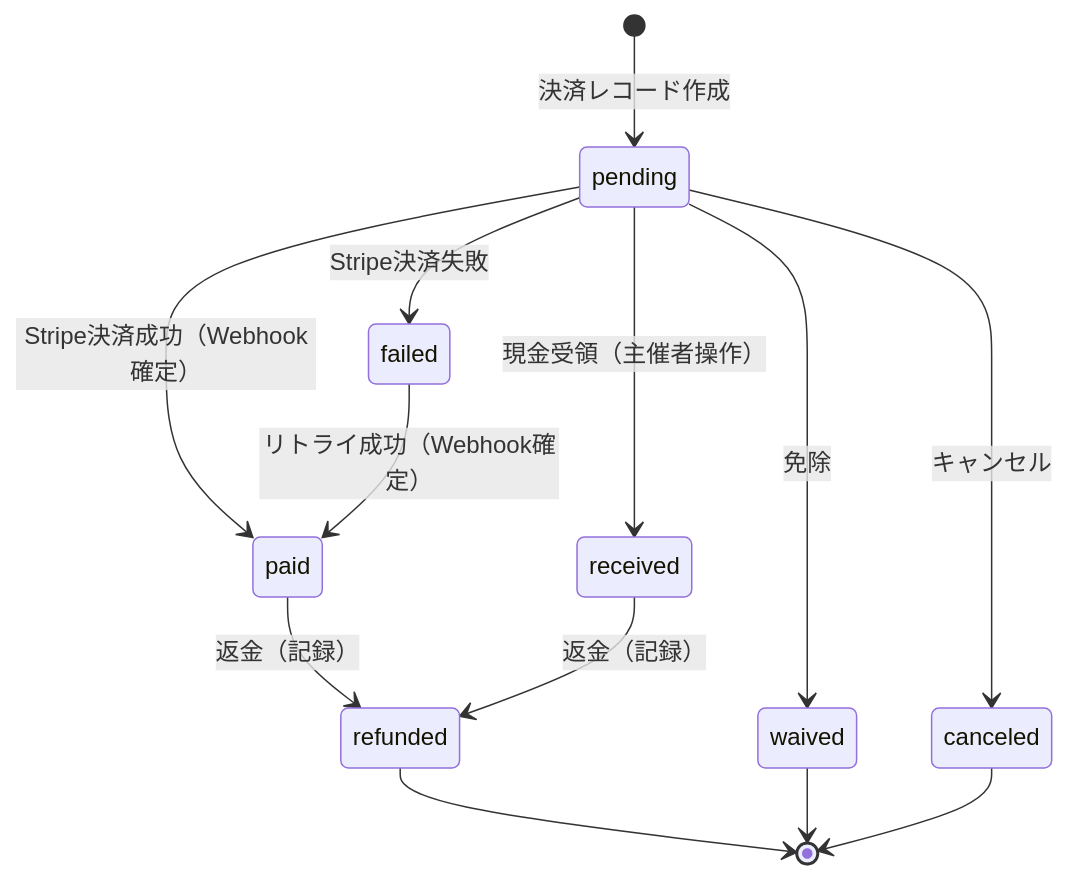
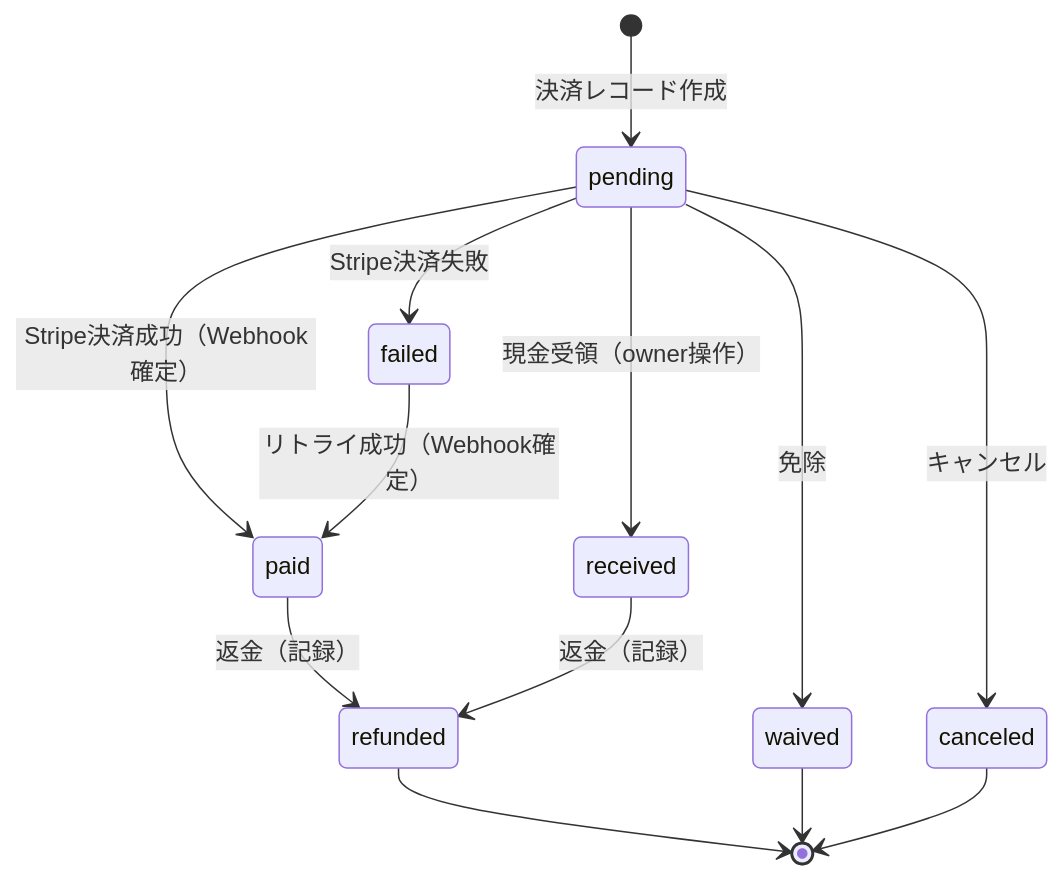
One commit to rytkhs/event-pay changed the second of 3 diagrams in docs/domain.md. Above: the diagram before and after it, drawn with Mermaid. The commit also changed other lines of this file and 7 other files, not shown here.

````diff
--- a/docs/domain.md
+++ b/docs/domain.md
@@ -156,19 +199,19 @@
 ```mermaid
 stateDiagram-v2
   [*] --> pending: 決済レコード作成
 
   pending --> paid: Stripe決済成功（Webhook確定）
-  pending --> received: 現金受領（主催者操作）
+  pending --> received: 現金受領（owner操作）
   pending --> failed: Stripe決済失敗
   pending --> canceled: キャンセル
   pending --> waived: 免除
 
   failed --> paid: リトライ成功（Webhook確定）
 
   paid --> refunded: 返金（記録）
   received --> refunded: 返金（記録）
 
   refunded --> [*]
   waived --> [*]
   canceled --> [*]
 ```
````
